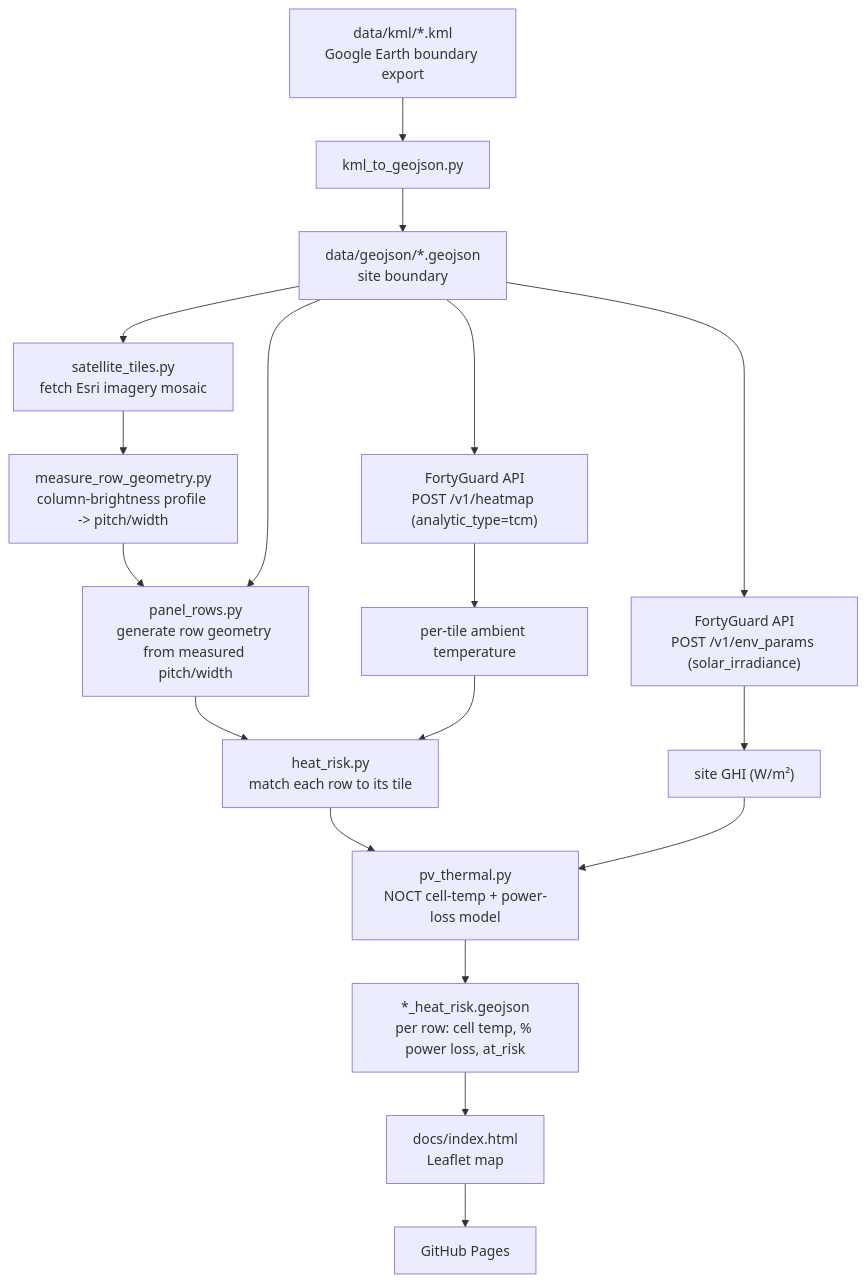
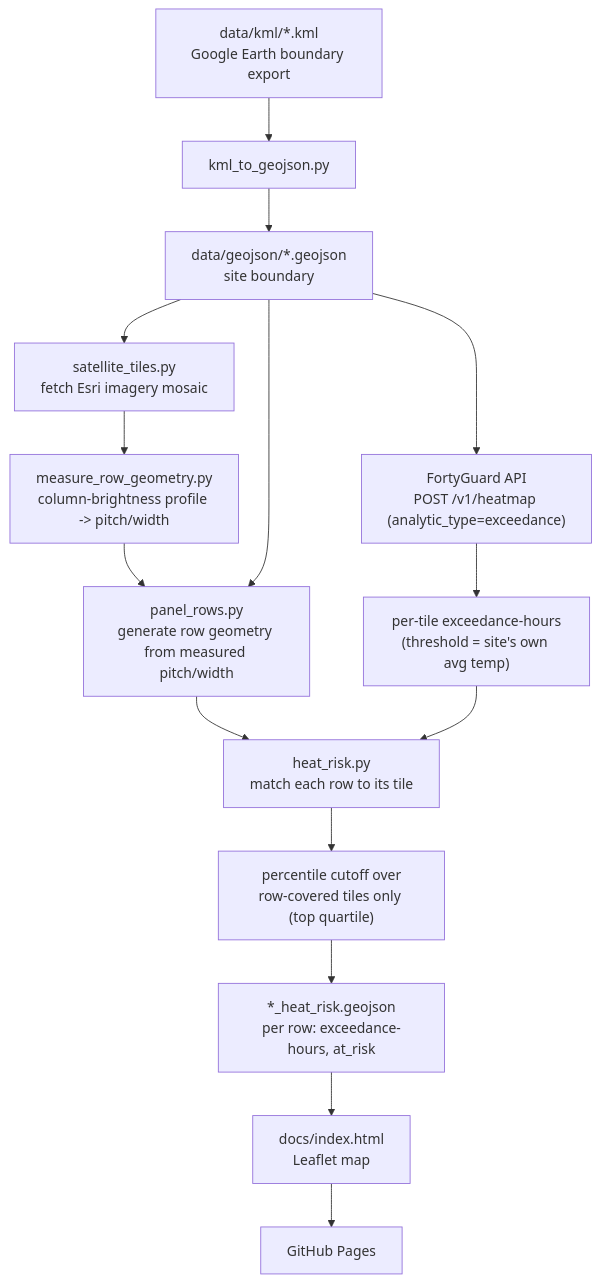
Before and after one commit to ASAD-BE18/solar-heat-guard: the diagram in README.md, drawn with Mermaid. The commit also changed other lines of this file and 4 other files, not shown here.

First line of the commit message:
Reframe default risk model as site-relative hotspot detection

````diff
--- a/README.md
+++ b/README.md
@@ -20,26 +26,23 @@
 ```mermaid
 flowchart TD
     KML["data/kml/*.kml<br/>Google Earth boundary export"] --> K2G["kml_to_geojson.py"]
     K2G --> SITE["data/geojson/*.geojson<br/>site boundary"]
 
     SITE --> SAT["satellite_tiles.py<br/>fetch Esri imagery mosaic"]
     SAT --> MEASURE["measure_row_geometry.py<br/>column-brightness profile -> pitch/width"]
     MEASURE --> PR["panel_rows.py<br/>generate row geometry from measured pitch/width"]
 
     SITE --> PR
-    SITE --> HM["FortyGuard API<br/>POST /v1/heatmap (analytic_type=tcm)"]
-    SITE --> EP["FortyGuard API<br/>POST /v1/env_params (solar_irradiance)"]
+    SITE --> HM["FortyGuard API<br/>POST /v1/heatmap (analytic_type=exceedance)"]
 
-    HM --> TILES["per-tile ambient temperature"]
-    EP --> GHI["site GHI (W/m²)"]
+    HM --> TILES["per-tile exceedance-hours<br/>(threshold = site's own avg temp)"]
 
     PR --> OVERLAY["heat_risk.py<br/>match each row to its tile"]
     TILES --> OVERLAY
 
-    OVERLAY --> PVM["pv_thermal.py<br/>NOCT cell-temp + power-loss model"]
-    GHI --> PVM
+    OVERLAY --> PCTL["percentile cutoff over<br/>row-covered tiles only (top quartile)"]
 
-    PVM --> RISK["*_heat_risk.geojson<br/>per row: cell temp, % power loss, at_risk"]
+    PCTL --> RISK["*_heat_risk.geojson<br/>per row: exceedance-hours, at_risk"]
     RISK --> VIZ["docs/index.html<br/>Leaflet map"]
     VIZ --> PAGES["GitHub Pages"]
 ```
````
